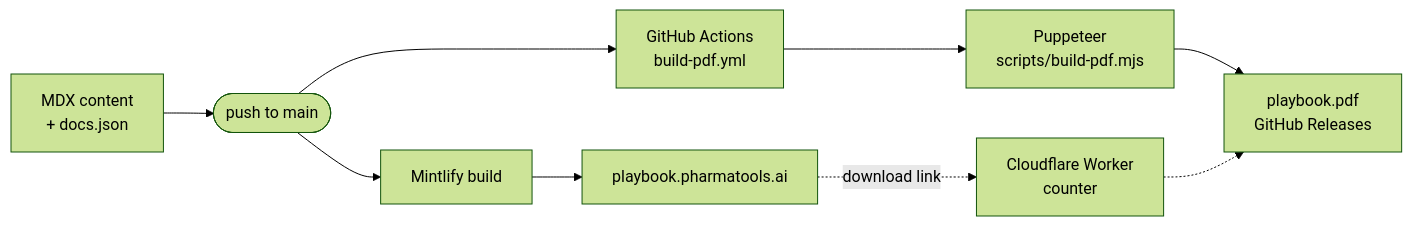
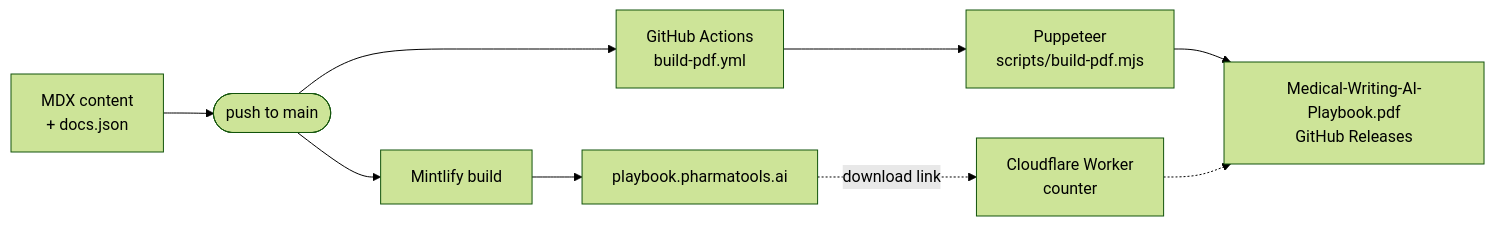
One commit to nickjlamb/medical-writing-ai-playbook changed the second of 2 diagrams in README.md. Above: the diagram before and after it, drawn with Mermaid (forest theme). The commit also changed other lines of this file and 4 other files, not shown here.

````diff
--- a/README.md
+++ b/README.md
@@ -123,11 +123,11 @@
 ```mermaid
 flowchart LR
     A["MDX content<br/>+ docs.json"] --> B(["push to main"])
     B --> C["Mintlify build"]
     C --> D["playbook.pharmatools.ai"]
     B --> E["GitHub Actions<br/>build-pdf.yml"]
     E --> F["Puppeteer<br/>scripts/build-pdf.mjs"]
-    F --> G["playbook.pdf<br/>GitHub Releases"]
+    F --> G["Medical-Writing-AI-Playbook.pdf<br/>GitHub Releases"]
     D -.->|"download link"| H["Cloudflare Worker<br/>counter"]
     H -.-> G
 ```
````
